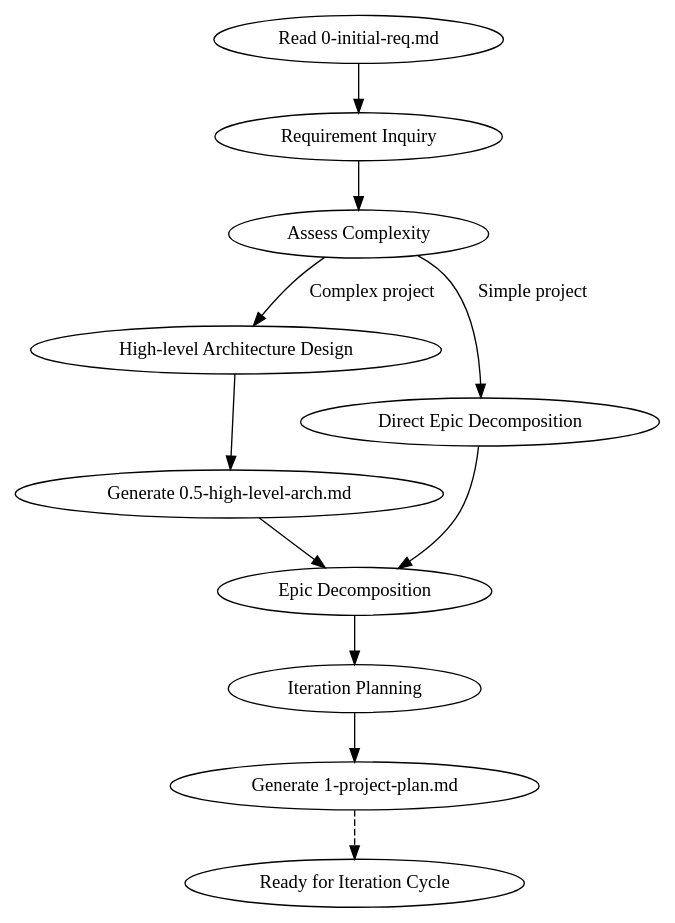
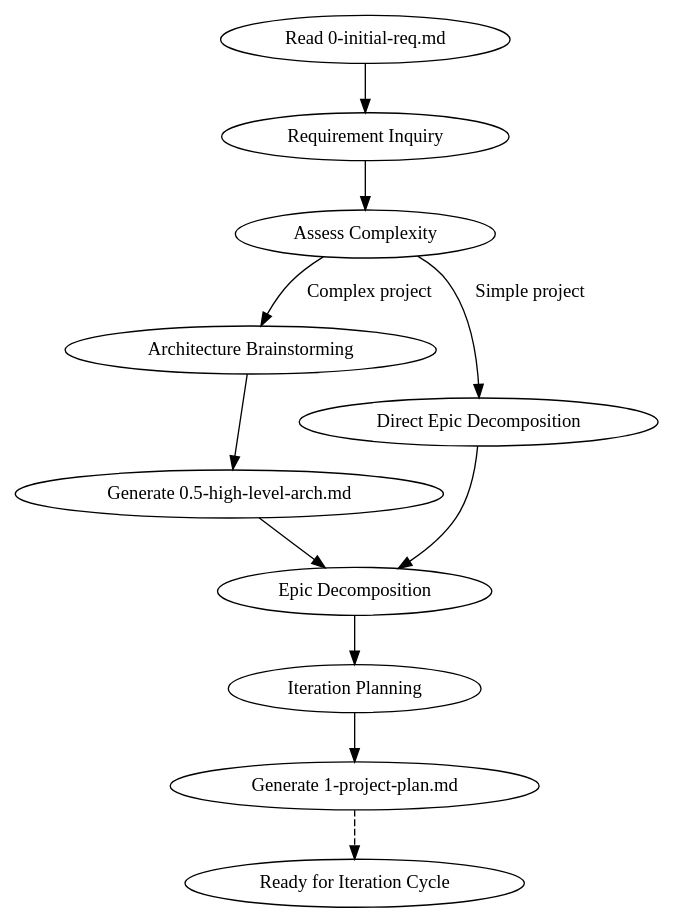
One commit to DukeYan1976/superpowers changed the diagram in skills/project-planning/SKILL.md. Above: the diagram before and after it, drawn with Graphviz. The commit also changed other lines of this file and 4 other files, not shown here.

First line of the commit message:
feat(project-planning): add architecture brainstorming phase with superpowers:brainstorming

````diff
--- a/skills/project-planning/SKILL.md
+++ b/skills/project-planning/SKILL.md
@@ -26,19 +26,19 @@
 ```dot
 digraph project_planning {
     rankdir=TB;
 
     "Read 0-initial-req.md" -> "Requirement Inquiry";
     "Requirement Inquiry" -> "Assess Complexity" [shape=diamond];
 
-    "Assess Complexity" -> "High-level Architecture Design" [label="Complex project"];
+    "Assess Complexity" -> "Architecture Brainstorming" [label="Complex project"];
     "Assess Complexity" -> "Direct Epic Decomposition" [label="Simple project"];
 
-    "High-level Architecture Design" -> "Generate 0.5-high-level-arch.md";
+    "Architecture Brainstorming" -> "Generate 0.5-high-level-arch.md";
     "Generate 0.5-high-level-arch.md" -> "Epic Decomposition";
     "Direct Epic Decomposition" -> "Epic Decomposition";
 
     "Epic Decomposition" -> "Iteration Planning";
     "Iteration Planning" -> "Generate 1-project-plan.md";
     "Generate 1-project-plan.md" -> "Ready for Iteration Cycle" [style=dashed];
 }
 ```
````
